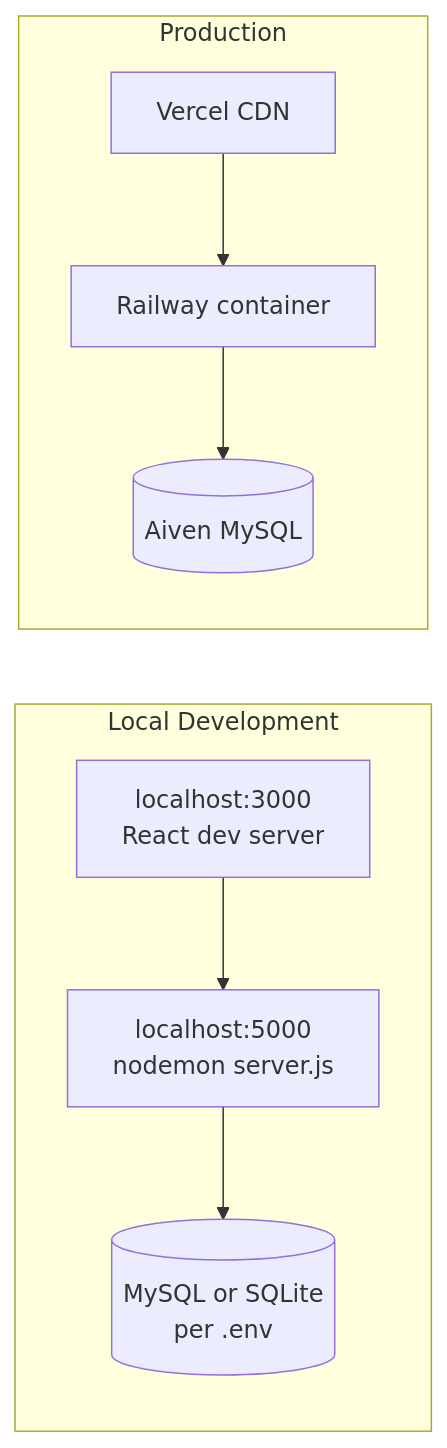
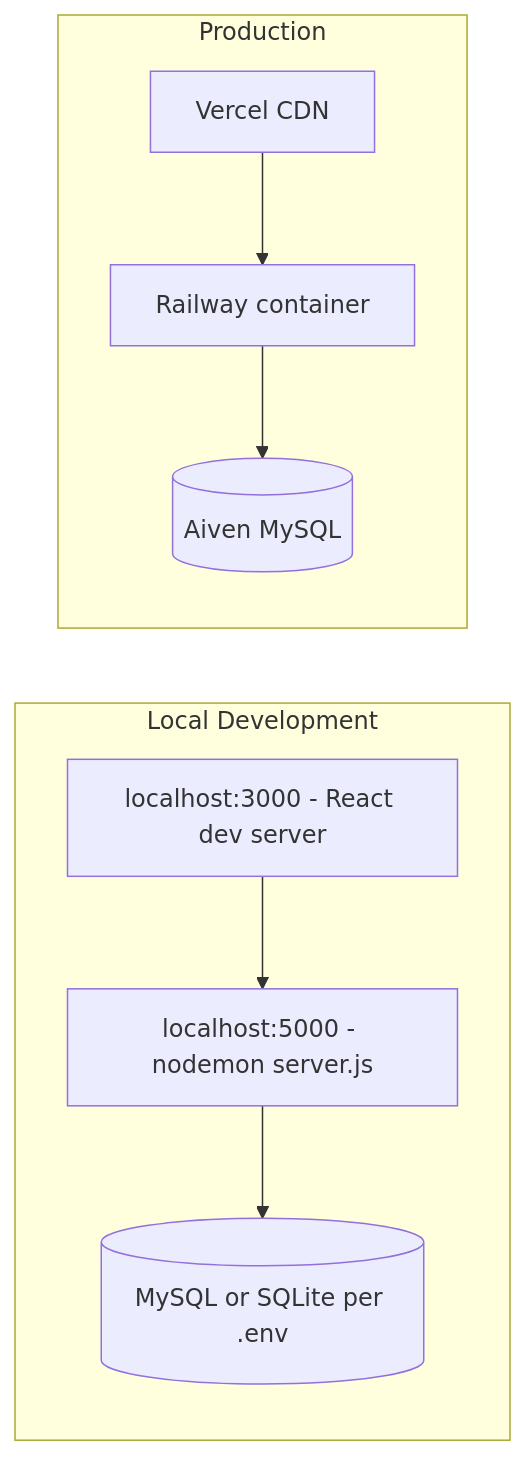
Before and after one commit to ShamindaKanchana/Expense_tracker: the third of 4 diagrams in docs/deployment/architecture.md, drawn with Mermaid. The commit also changed other lines of this file, not shown here.

First line of the commit message:
Fix Mermaid diagrams for GitHub rendering

````diff
--- a/docs/deployment/architecture.md
+++ b/docs/deployment/architecture.md
@@ -153,16 +153,16 @@
 ```mermaid
 flowchart LR
     subgraph Dev["Local Development"]
-        DevFE["localhost:3000<br/>React dev server"]
-        DevBE["localhost:5000<br/>nodemon server.js"]
-        DevDB[("MySQL or SQLite<br/>per .env")]
+        DevFE["localhost:3000 - React dev server"]
+        DevBE["localhost:5000 - nodemon server.js"]
+        DevDB[("MySQL or SQLite per .env")]
         DevFE --> DevBE --> DevDB
     end
 
     subgraph Prod["Production"]
         ProdFE["Vercel CDN"]
         ProdBE["Railway container"]
         ProdDB[("Aiven MySQL")]
         ProdFE --> ProdBE --> ProdDB
     end
 ```
````
